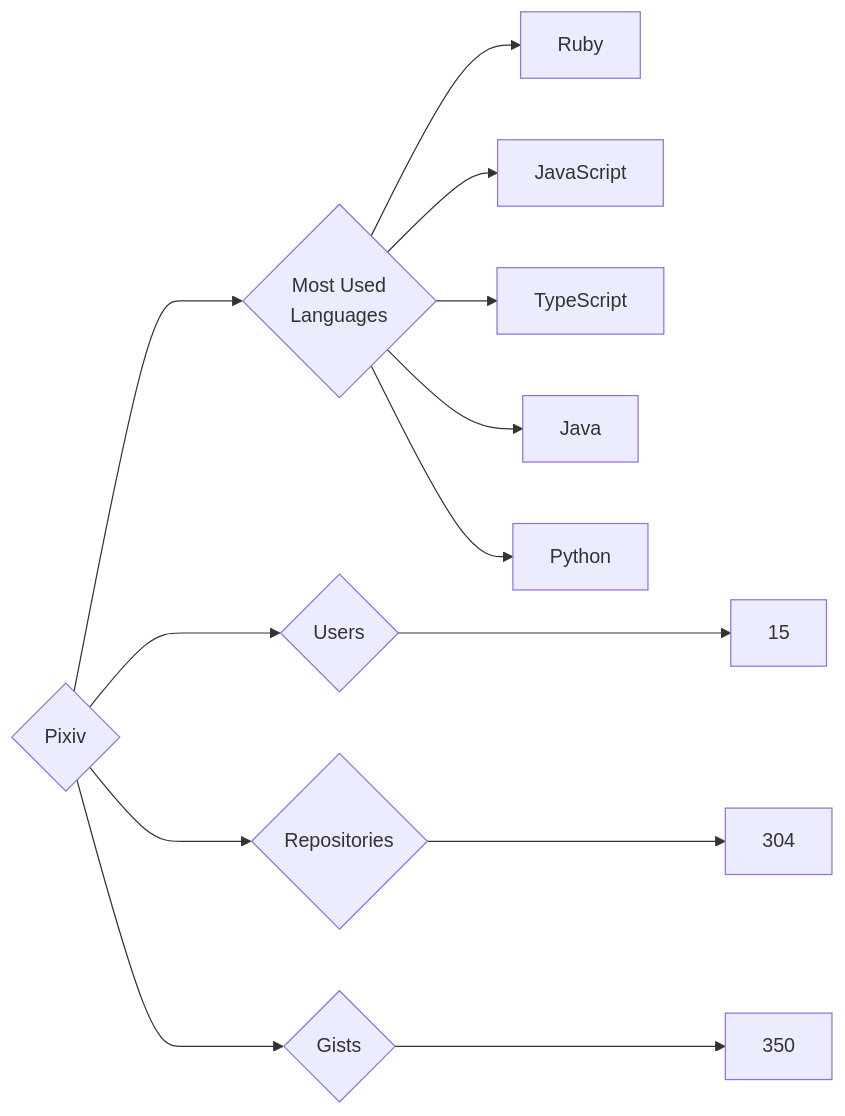
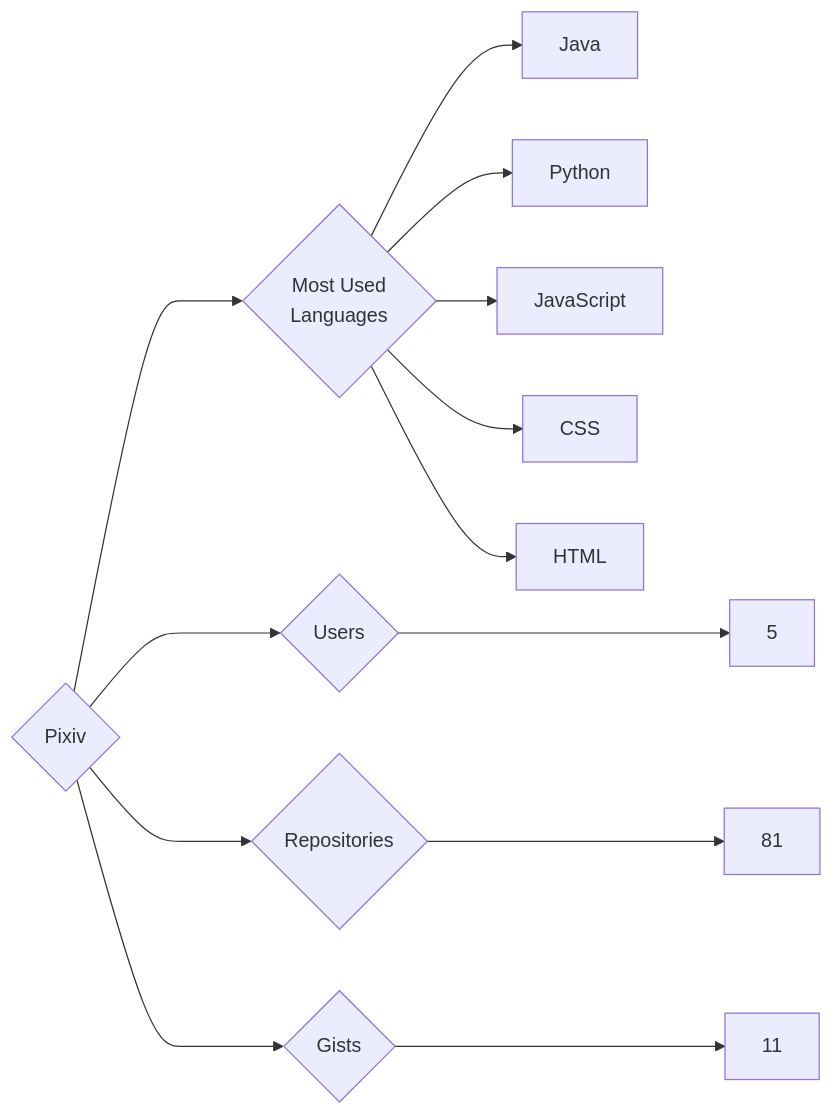
Before and after one commit to trickest/insiders: the diagram in targets/Pixiv/README.md, drawn with Mermaid. The commit also changed 1496 other files, not shown here.

````diff
--- a/targets/Pixiv/README.md
+++ b/targets/Pixiv/README.md
@@ -3,13 +3,13 @@
 ```mermaid
 graph LR
 COMPANY_NAME{Pixiv}
-COMPANY_NAME ---> U{Users} ---> UN[15]
-COMPANY_NAME ---> R{Repositories} ---> RN[304]
-COMPANY_NAME ---> G{Gists} ---> GN[350]
+COMPANY_NAME ---> U{Users} ---> UN[5]
+COMPANY_NAME ---> R{Repositories} ---> RN[81]
+COMPANY_NAME ---> G{Gists} ---> GN[11]
 COMPANY_NAME ---> ML{Most Used<br>Languages}
-ML --> Ruby[Ruby]
-ML --> JavaScript[JavaScript]
-ML --> TypeScript[TypeScript]
 ML --> Java[Java]
 ML --> Python[Python]
+ML --> JavaScript[JavaScript]
+ML --> CSS[CSS]
+ML --> HTML[HTML]
 ```
````
